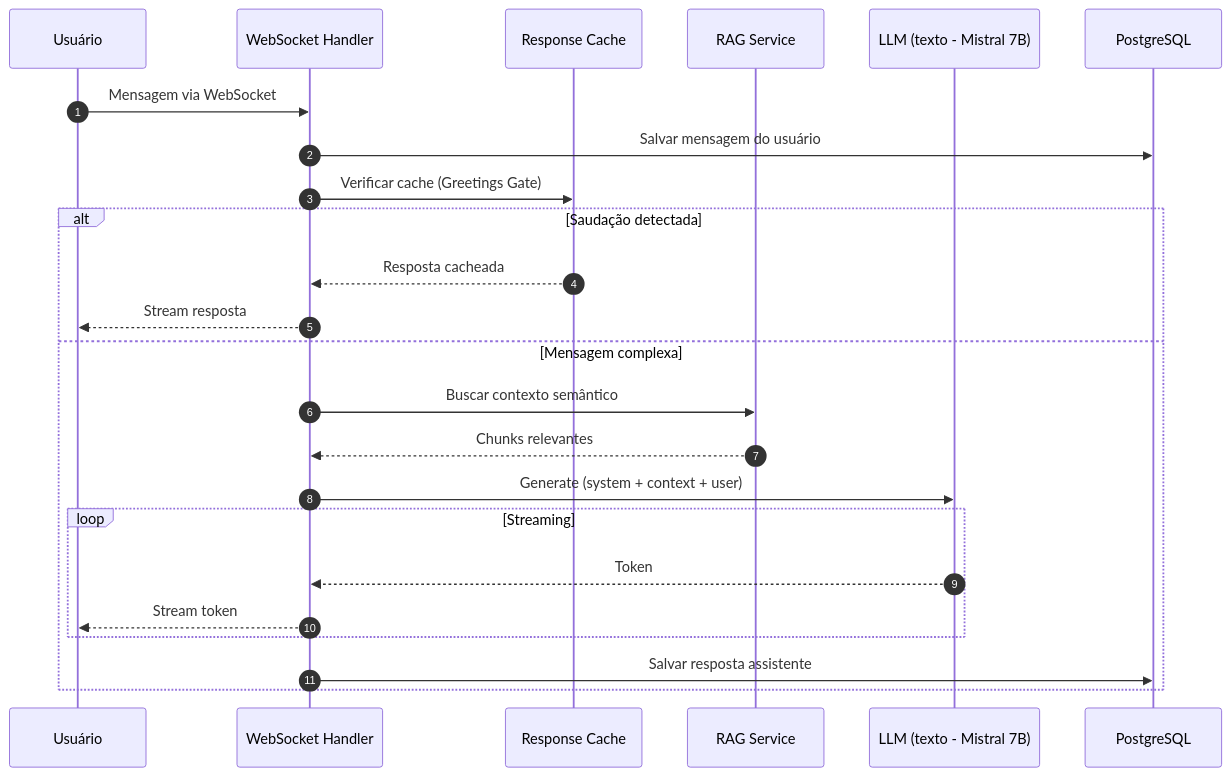
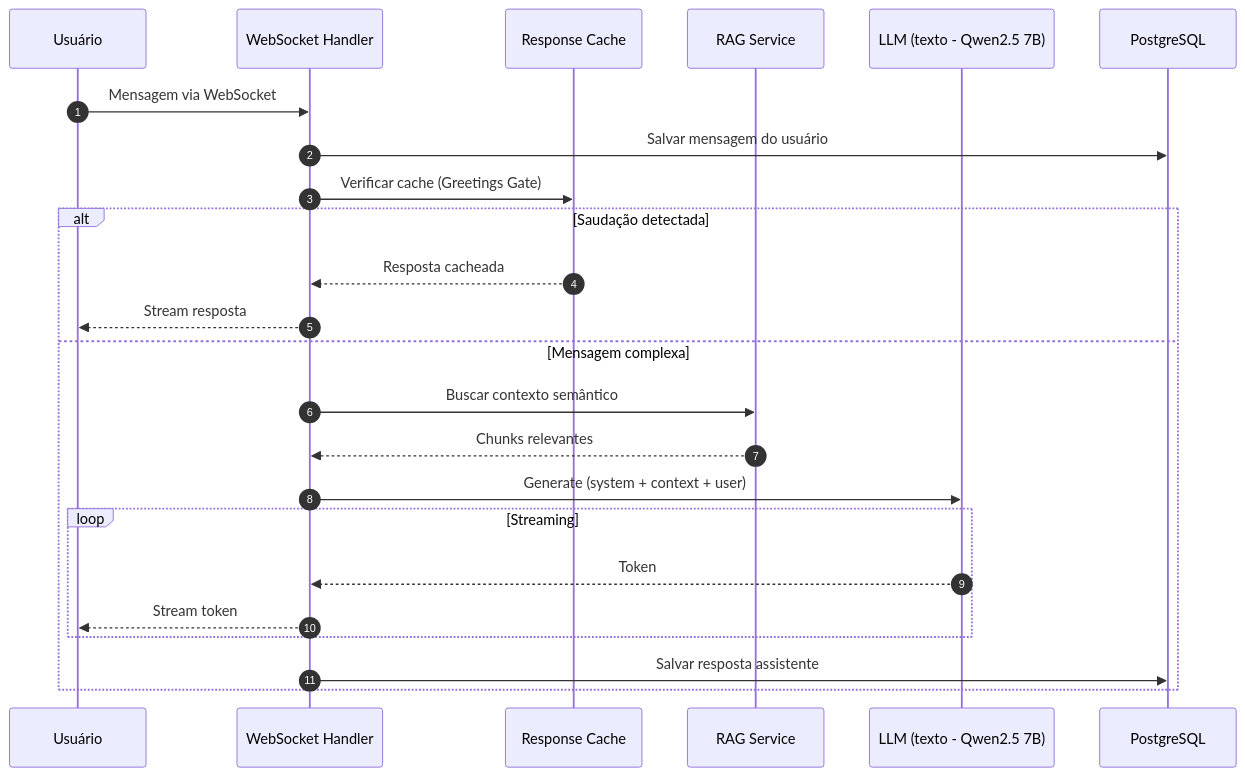
One commit to fillipeguerrabtc/alice changed the sixth of 13 diagrams in docs/ARQUITETURA.md. Above: the diagram before and after it, drawn with Mermaid. The commit also changed other lines of this file and 58 other files, not shown here.

````diff
--- a/docs/ARQUITETURA.md
+++ b/docs/ARQUITETURA.md
@@ -355,28 +358,28 @@
 ```mermaid
 sequenceDiagram
     autonumber
     participant U as Usuário
     participant WS as WebSocket Handler
     participant RC as Response Cache
     participant RAG as RAG Service
-    participant LLM as LLM (texto - Mistral 7B)
+    participant LLM as LLM (texto - Qwen2.5 7B)
     participant DB as PostgreSQL
     
     U->>WS: Mensagem via WebSocket
     WS->>DB: Salvar mensagem do usuário
     WS->>RC: Verificar cache (Greetings Gate)
     
     alt Saudação detectada
         RC-->>WS: Resposta cacheada
         WS-->>U: Stream resposta
     else Mensagem complexa
         WS->>RAG: Buscar contexto semântico
         RAG-->>WS: Chunks relevantes
         WS->>LLM: Generate (system + context + user)
         loop Streaming
             LLM-->>WS: Token
             WS-->>U: Stream token
         end
         WS->>DB: Salvar resposta assistente
     end
 ```
````
